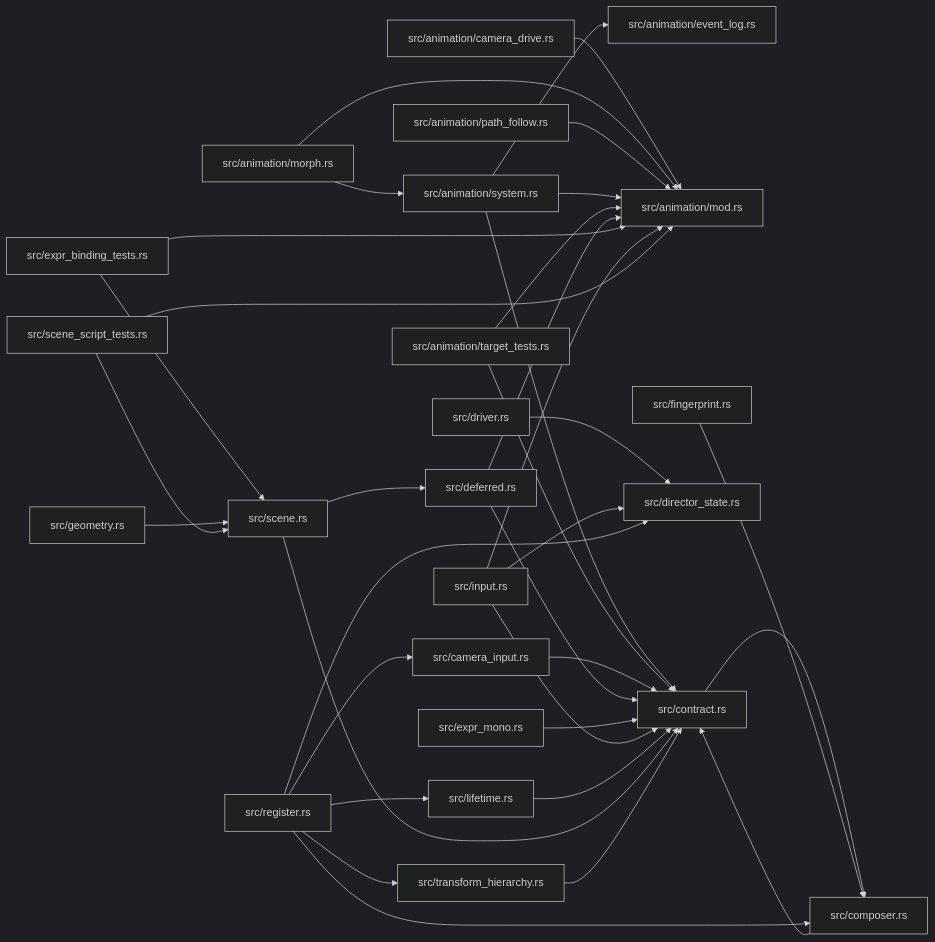
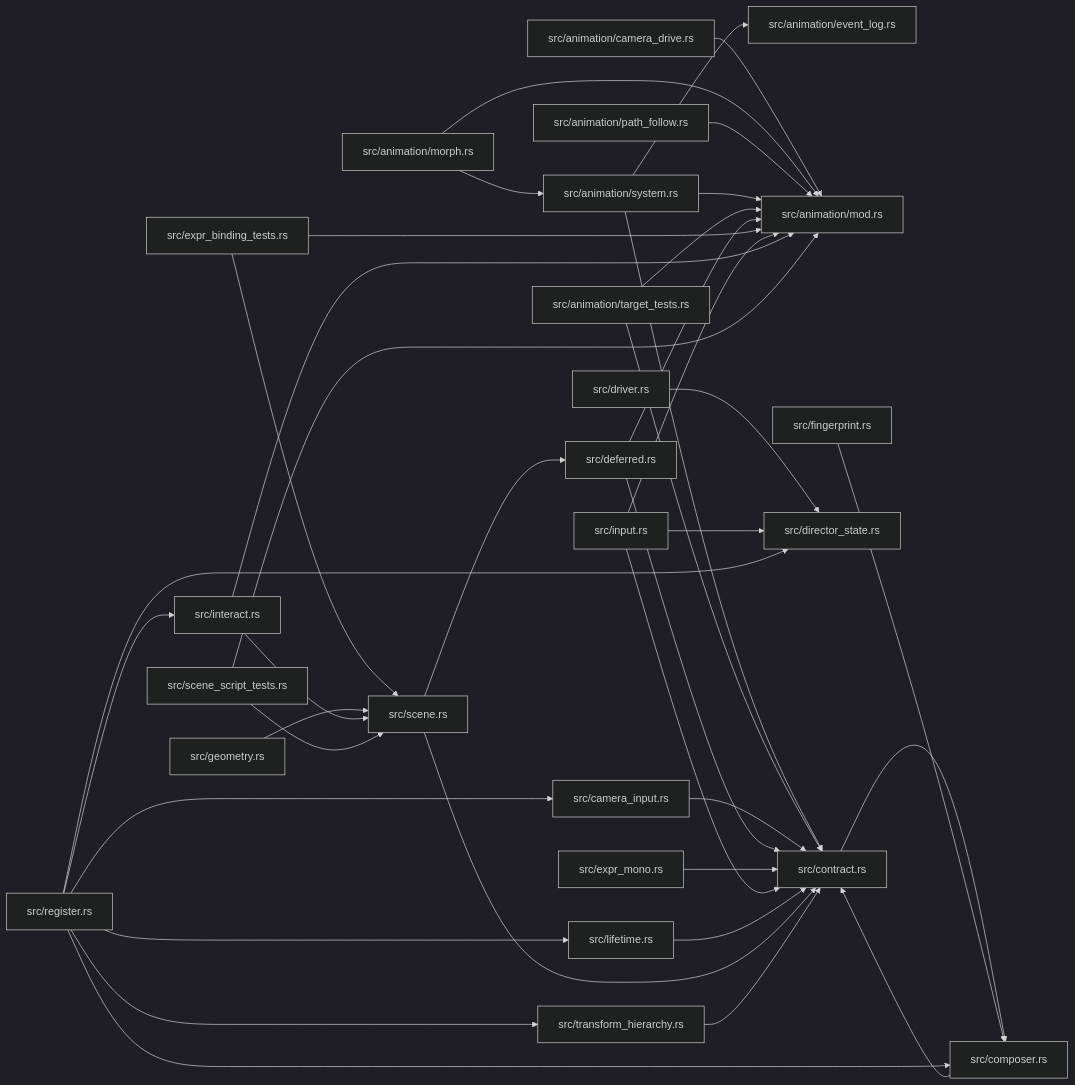
Before and after one commit to xcrtp/zela: the diagram in docs/modules/zela-scene-ecs.md, drawn with Mermaid (dark theme). The commit also changed other lines of this file and 20 other files, not shown here.

````diff
--- a/docs/modules/zela-scene-ecs.md
+++ b/docs/modules/zela-scene-ecs.md
@@ -49,60 +50,64 @@
 ```mermaid
 graph LR
     f0["src/animation/camera_drive.rs"]
     f5["src/animation/event_log.rs"]
     f1["src/animation/mod.rs"]
     f2["src/animation/morph.rs"]
     f4["src/animation/path_follow.rs"]
     f3["src/animation/system.rs"]
     f7["src/animation/target_tests.rs"]
     f8["src/camera_input.rs"]
     f9["src/composer.rs"]
     f6["src/contract.rs"]
     f10["src/deferred.rs"]
     f12["src/director_state.rs"]
     f11["src/driver.rs"]
     f13["src/expr_binding_tests.rs"]
     f15["src/expr_mono.rs"]
     f16["src/fingerprint.rs"]
     f17["src/geometry.rs"]
     f18["src/input.rs"]
-    f19["src/lifetime.rs"]
-    f20["src/register.rs"]
+    f19["src/interact.rs"]
+    f20["src/lifetime.rs"]
+    f21["src/register.rs"]
     f14["src/scene.rs"]
-    f22["src/scene_script_tests.rs"]
-    f21["src/transform_hierarchy.rs"]
+    f23["src/scene_script_tests.rs"]
+    f22["src/transform_hierarchy.rs"]
     f0 --> f1
     f2 --> f1
     f2 --> f3
     f4 --> f1
     f3 --> f5
     f3 --> f1
     f3 --> f6
     f7 --> f1
     f7 --> f6
     f8 --> f6
     f9 --> f6
     f6 --> f9
     f10 --> f1
     f10 --> f6
     f11 --> f12
     f13 --> f1
     f13 --> f14
     f15 --> f6
     f16 --> f9
     f17 --> f14
     f18 --> f1
     f18 --> f6
     f18 --> f12
-    f19 --> f6
-    f20 --> f8
-    f20 --> f9
-    f20 --> f12
-    f20 --> f19
-    f20 --> f21
+    f19 --> f1
+    f19 --> f14
+    f20 --> f6
+    f21 --> f8
+    f21 --> f9
+    f21 --> f12
+    f21 --> f19
+    f21 --> f20
+    f21 --> f22
     f14 --> f6
     f14 --> f10
-    f22 --> f1
-    f22 --> f14
-    f21 --> f6
+    f23 --> f1
+    f23 --> f14
+    f22 --> f6
 ```
````
